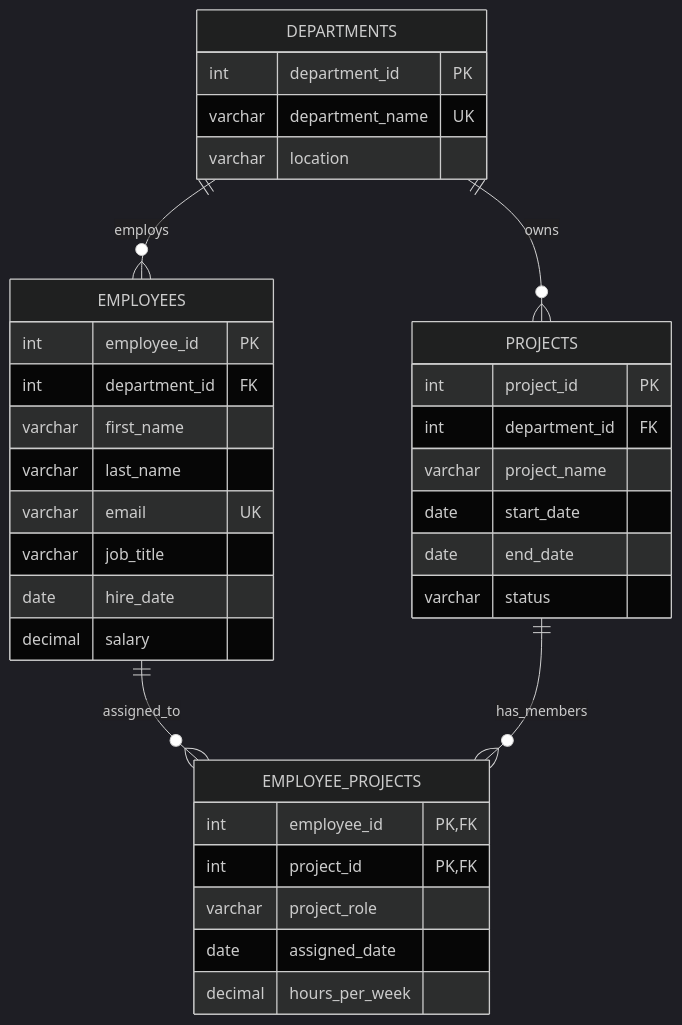
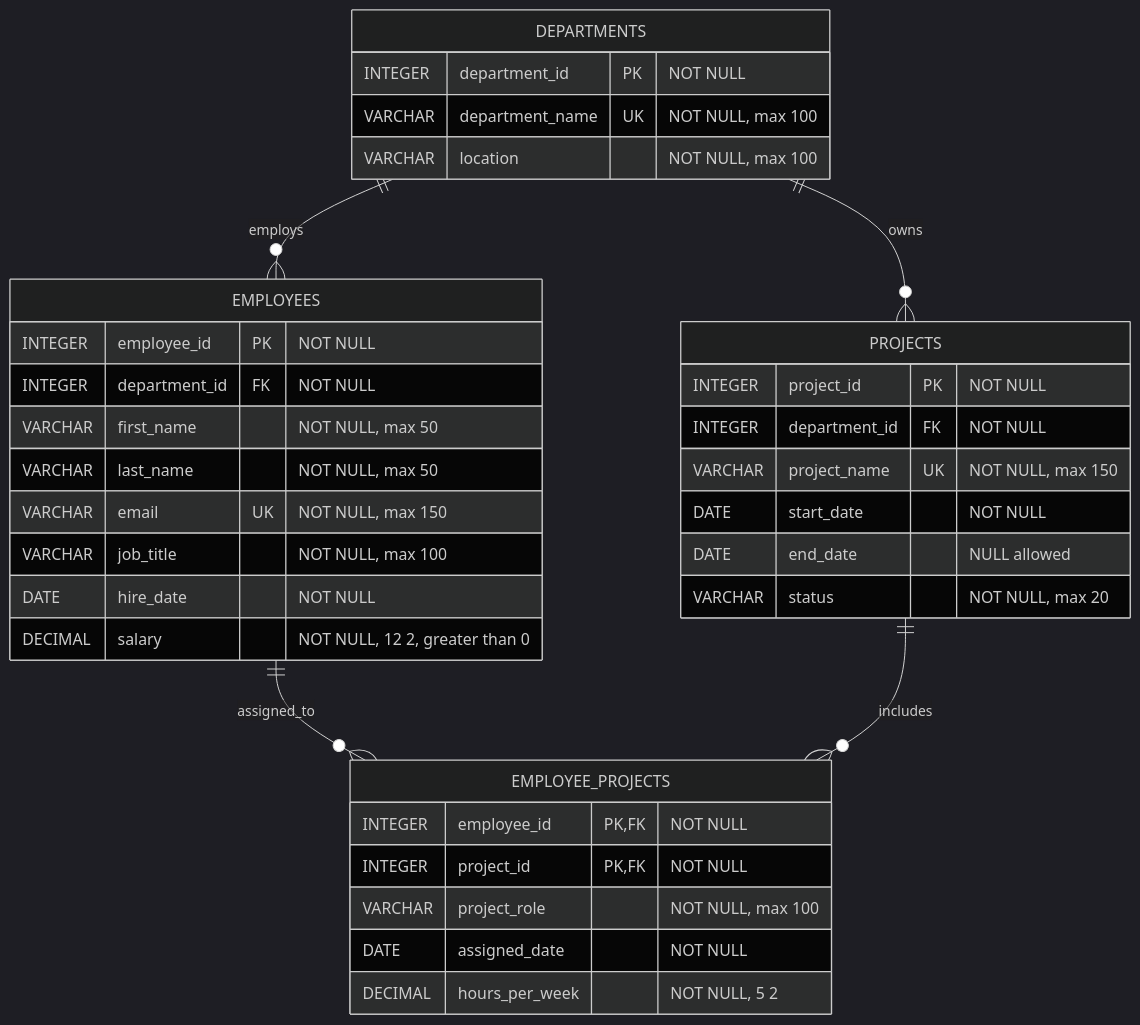
One commit to steveroggers45-create/DBININSIGHT changed the diagram in ER_Diagram.md. Above: the diagram before and after it, drawn with Mermaid (dark theme). The commit also changed other lines of this file and 2 other files, not shown here.

Commit message:
Merge database artifacts and include SQLite sample DB

````diff
--- a/ER_Diagram.md
+++ b/ER_Diagram.md
@@ -3,41 +3,41 @@
 ```mermaid
 erDiagram
     DEPARTMENTS ||--o{ EMPLOYEES : employs
     DEPARTMENTS ||--o{ PROJECTS : owns
     EMPLOYEES ||--o{ EMPLOYEE_PROJECTS : assigned_to
-    PROJECTS ||--o{ EMPLOYEE_PROJECTS : has_members
+    PROJECTS ||--o{ EMPLOYEE_PROJECTS : includes
 
     DEPARTMENTS {
-        int department_id PK
-        varchar department_name UK
-        varchar location
+        INTEGER department_id PK "NOT NULL"
+        VARCHAR department_name UK "NOT NULL, max 100"
+        VARCHAR location "NOT NULL, max 100"
     }
 
     EMPLOYEES {
-        int employee_id PK
-        int department_id FK
-        varchar first_name
-        varchar last_name
-        varchar email UK
-        varchar job_title
-        date hire_date
-        decimal salary
+        INTEGER employee_id PK "NOT NULL"
+        INTEGER department_id FK "NOT NULL"
+        VARCHAR first_name "NOT NULL, max 50"
+        VARCHAR last_name "NOT NULL, max 50"
+        VARCHAR email UK "NOT NULL, max 150"
+        VARCHAR job_title "NOT NULL, max 100"
+        DATE hire_date "NOT NULL"
+        DECIMAL salary "NOT NULL, 12 2, greater than 0"
     }
 
     PROJECTS {
-        int project_id PK
-        int department_id FK
-        varchar project_name
-        date start_date
-        date end_date
-        varchar status
+        INTEGER project_id PK "NOT NULL"
+        INTEGER department_id FK "NOT NULL"
+        VARCHAR project_name UK "NOT NULL, max 150"
+        DATE start_date "NOT NULL"
+        DATE end_date "NULL allowed"
+        VARCHAR status "NOT NULL, max 20"
     }
 
     EMPLOYEE_PROJECTS {
-        int employee_id PK, FK
-        int project_id PK, FK
-        varchar project_role
-        date assigned_date
-        decimal hours_per_week
+        INTEGER employee_id PK, FK "NOT NULL"
+        INTEGER project_id PK, FK "NOT NULL"
+        VARCHAR project_role "NOT NULL, max 100"
+        DATE assigned_date "NOT NULL"
+        DECIMAL hours_per_week "NOT NULL, 5 2"
     }
 ```
````
